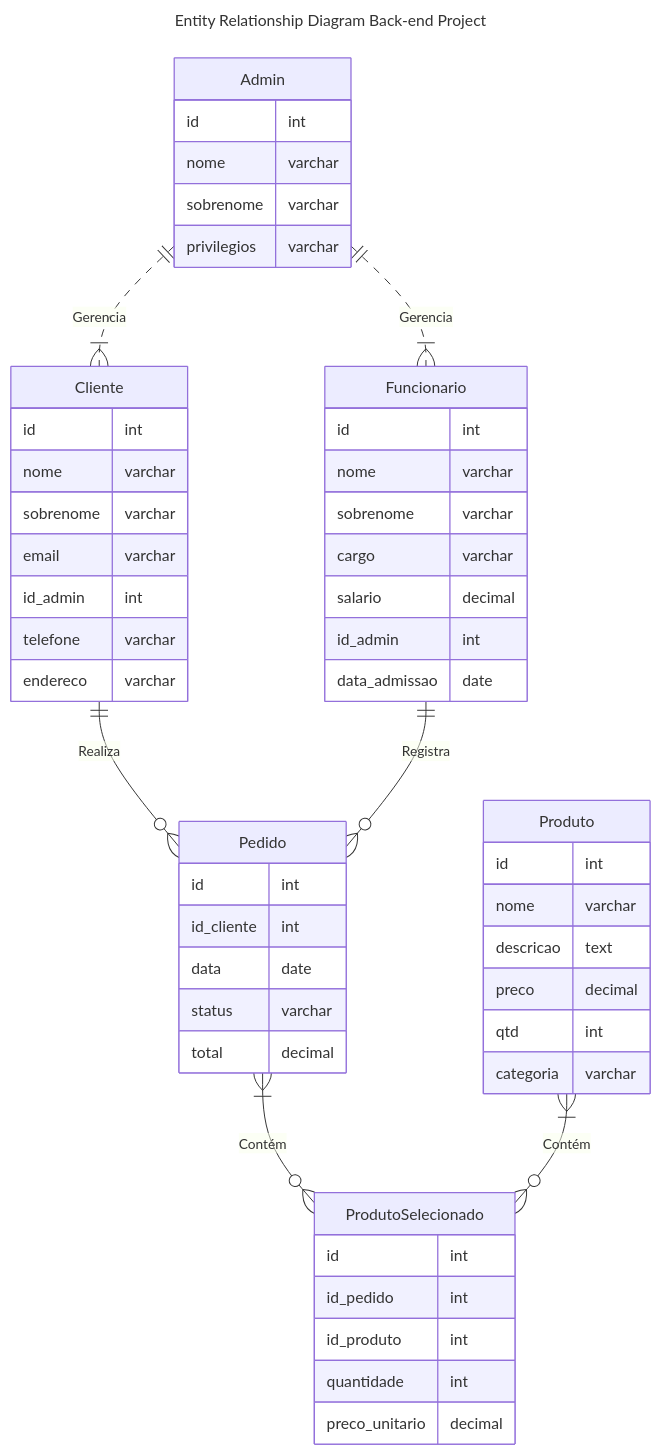
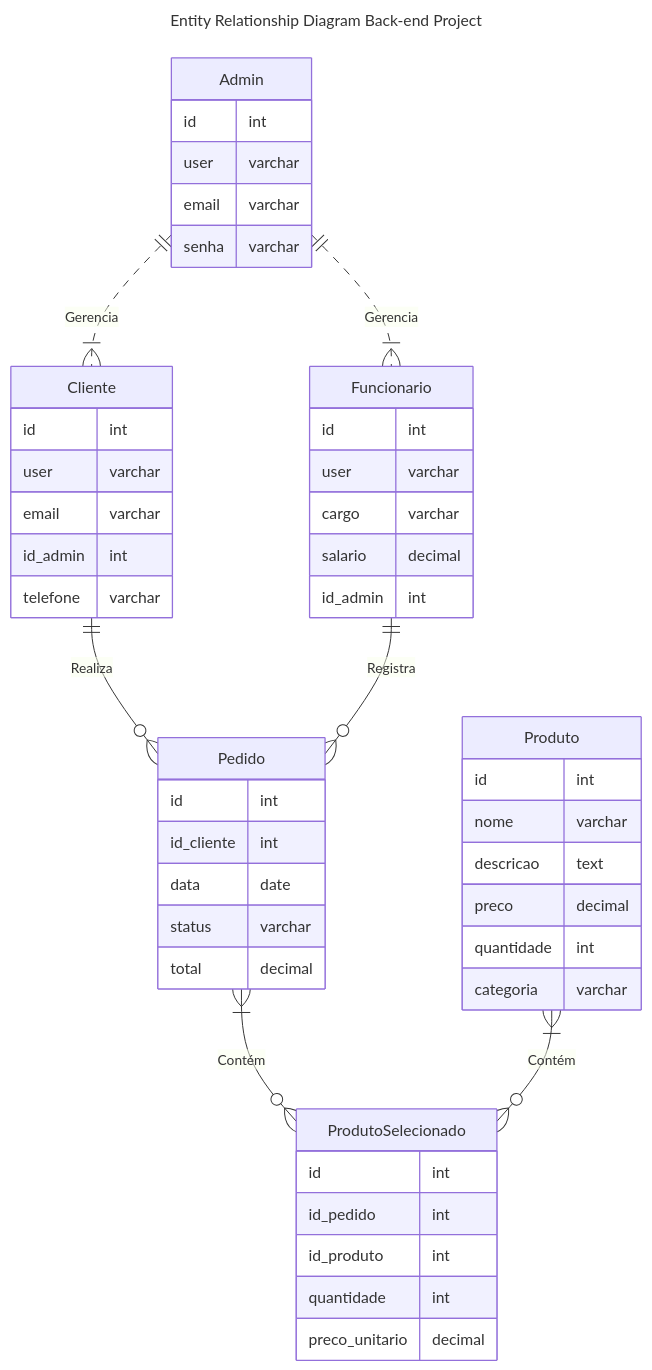
The diagram in diagrams/DER.mmd (Serg-Ale/projeto-backend), drawn with Mermaid before and after one commit. The commit also changed 2 other files, not shown here.

```diff
--- a/diagrams/DER.mmd
+++ b/diagrams/DER.mmd
@@ -1,62 +1,58 @@
 ---
 title: Entity Relationship Diagram Back-end Project
 ---
 erDiagram
     Cliente {
       id int
-      nome varchar
-      sobrenome varchar
+      user varchar
       email varchar
       id_admin int
       telefone varchar
-      endereco varchar
     }
 
     Funcionario {
       id int
-      nome varchar
-      sobrenome varchar
+      user varchar
       cargo varchar
       salario decimal
       id_admin int
-      data_admissao date
     }
 
     Admin {
       id int
-      nome varchar
-      sobrenome varchar
-      privilegios varchar
+      user varchar
+      email varchar
+      senha varchar
     }
 
     Produto {
       id int
       nome varchar
       descricao text
       preco decimal
-      qtd int
+      quantidade int
       categoria varchar
     }
 
     Pedido {
       id int
       id_cliente int
       data date
       status varchar
       total decimal
     }
 
     ProdutoSelecionado {
       id int
       id_pedido int
       id_produto int
       quantidade int
       preco_unitario decimal
     }
 
     Cliente ||--o{ Pedido : "Realiza"
     Funcionario ||--o{ Pedido : "Registra"
     Pedido }|--o{ ProdutoSelecionado : "Contém"
     Produto }|--o{ ProdutoSelecionado : "Contém"
     Admin ||..|{ Funcionario : "Gerencia"
     Admin ||..|{ Cliente : "Gerencia"
```
